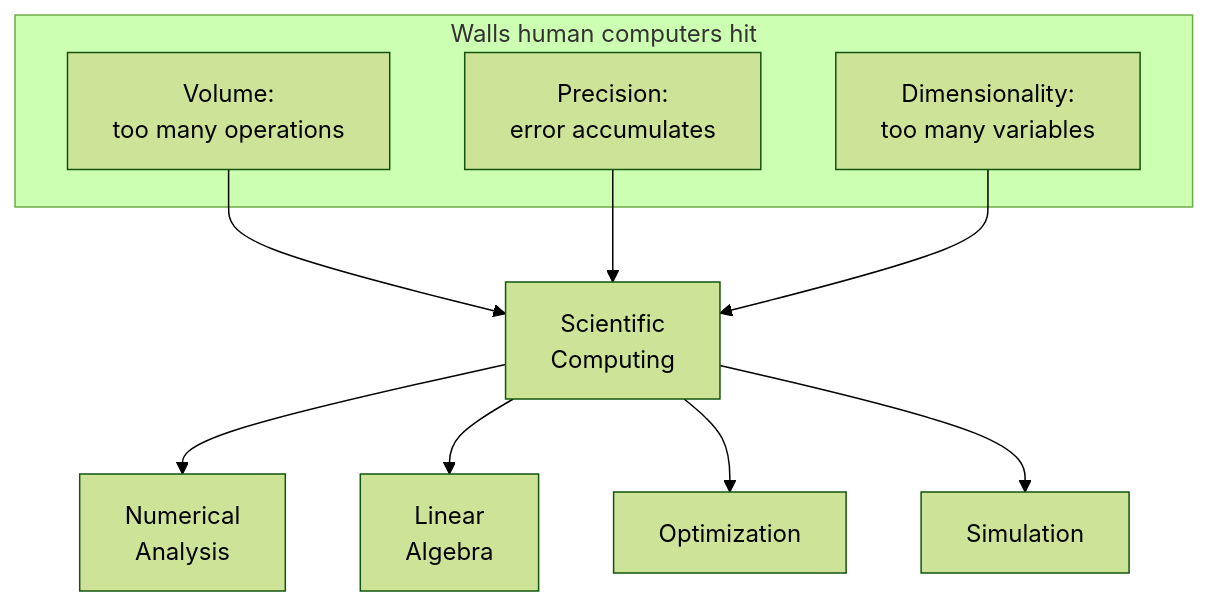
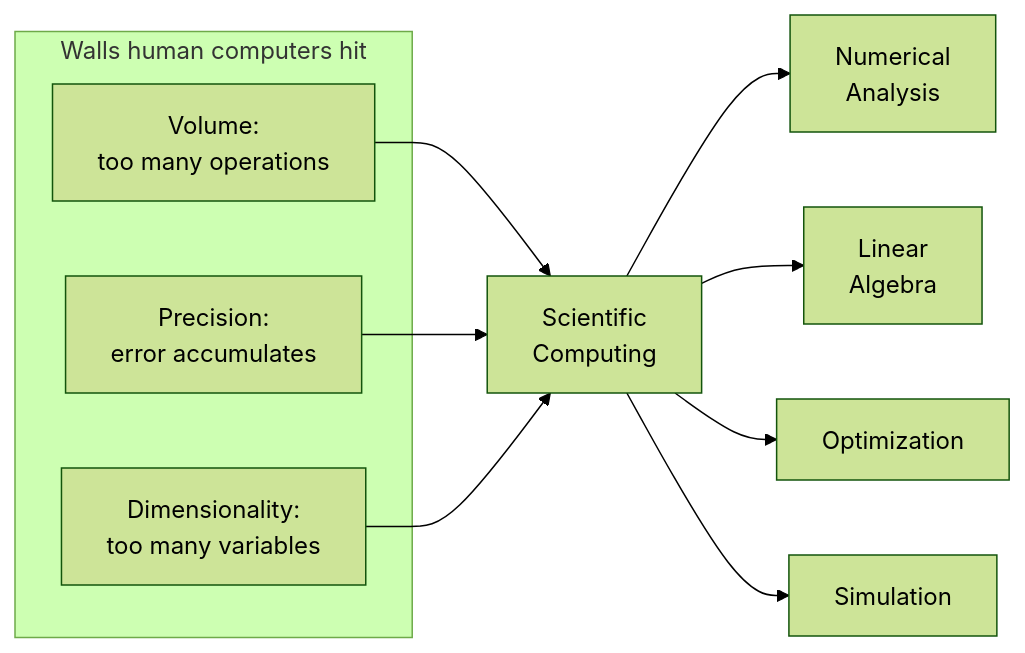
The first of 2 diagrams in content/courses/scientific-computing-python/limits-of-manual-calculation.mdx (dataslope/dataslope), drawn with Mermaid (forest theme) before and after one commit. The commit also changed 2180 other files, not shown here.

````diff
--- a/content/courses/scientific-computing-python/limits-of-manual-calculation.mdx
+++ b/content/courses/scientific-computing-python/limits-of-manual-calculation.mdx
@@ -88,15 +88,15 @@
 ```mermaid
-graph TB
+graph LR
     subgraph "Walls human computers hit"
         V[Volume:<br/>too many operations]
         P[Precision:<br/>error accumulates]
         D[Dimensionality:<br/>too many variables]
     end
     V --> SC[Scientific<br/>Computing]
     P --> SC
     D --> SC
     SC --> NA[Numerical<br/>Analysis]
     SC --> LA[Linear<br/>Algebra]
     SC --> OPT[Optimization]
     SC --> SIM[Simulation]
 ```
````
